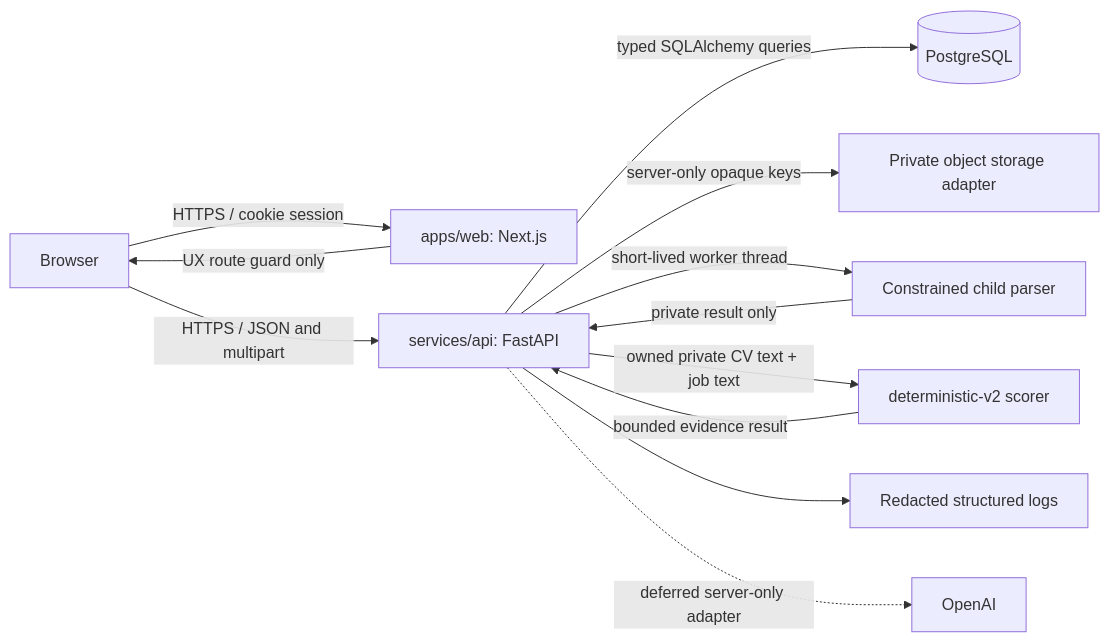
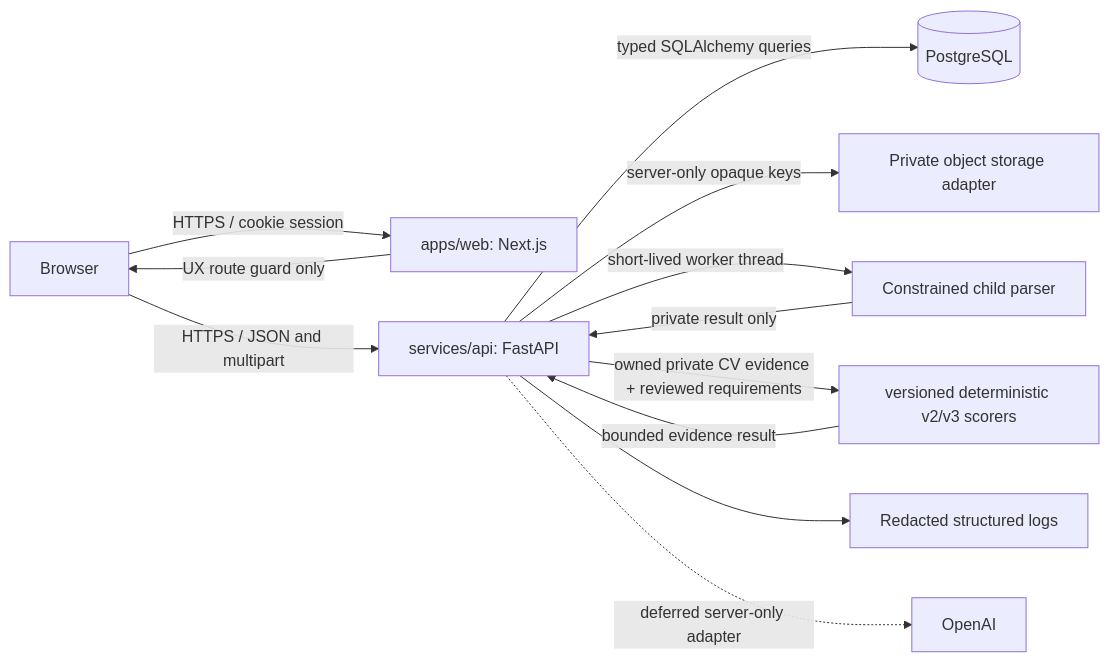
The diagram in docs/architecture.md (Adam-Ghanem/Cvmatcher), drawn with Mermaid before and after one commit. The commit also changed other lines of this file and 12 other files, not shown here.

````diff
--- a/docs/architecture.md
+++ b/docs/architecture.md
@@ -7,14 +7,14 @@
 ```mermaid
 flowchart LR
   Browser[Browser] -->|HTTPS / cookie session| Web[apps/web: Next.js]
   Browser -->|HTTPS / JSON and multipart| API[services/api: FastAPI]
   Web -->|UX route guard only| Browser
   API -->|typed SQLAlchemy queries| DB[(PostgreSQL)]
   API -->|server-only opaque keys| Storage[Private object storage adapter]
   API -->|short-lived worker thread| Parser[Constrained child parser]
   Parser -->|private result only| API
-  API -->|owned private CV text + job text| Scorer[deterministic-v2 scorer]
+  API -->|owned private CV evidence + reviewed requirements| Scorer[versioned deterministic v2/v3 scorers]
   Scorer -->|bounded evidence result| API
   API --> Logs[Redacted structured logs]
   API -. deferred server-only adapter .-> OpenAI[OpenAI]
 ```
````
